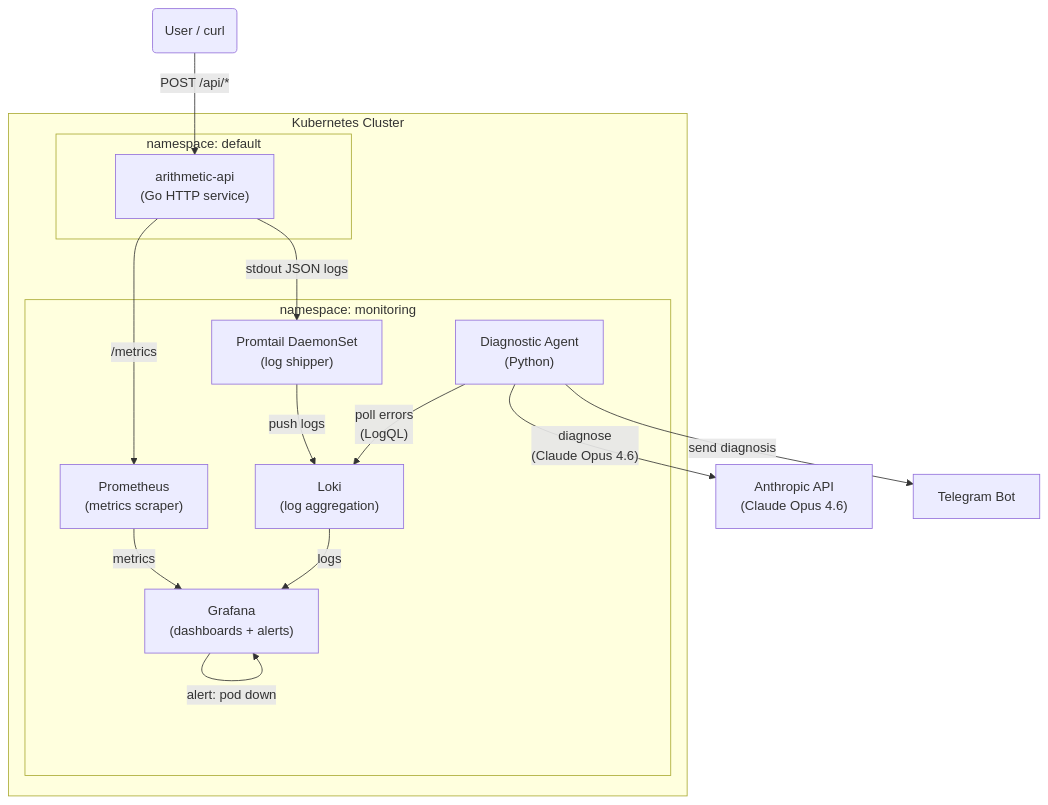
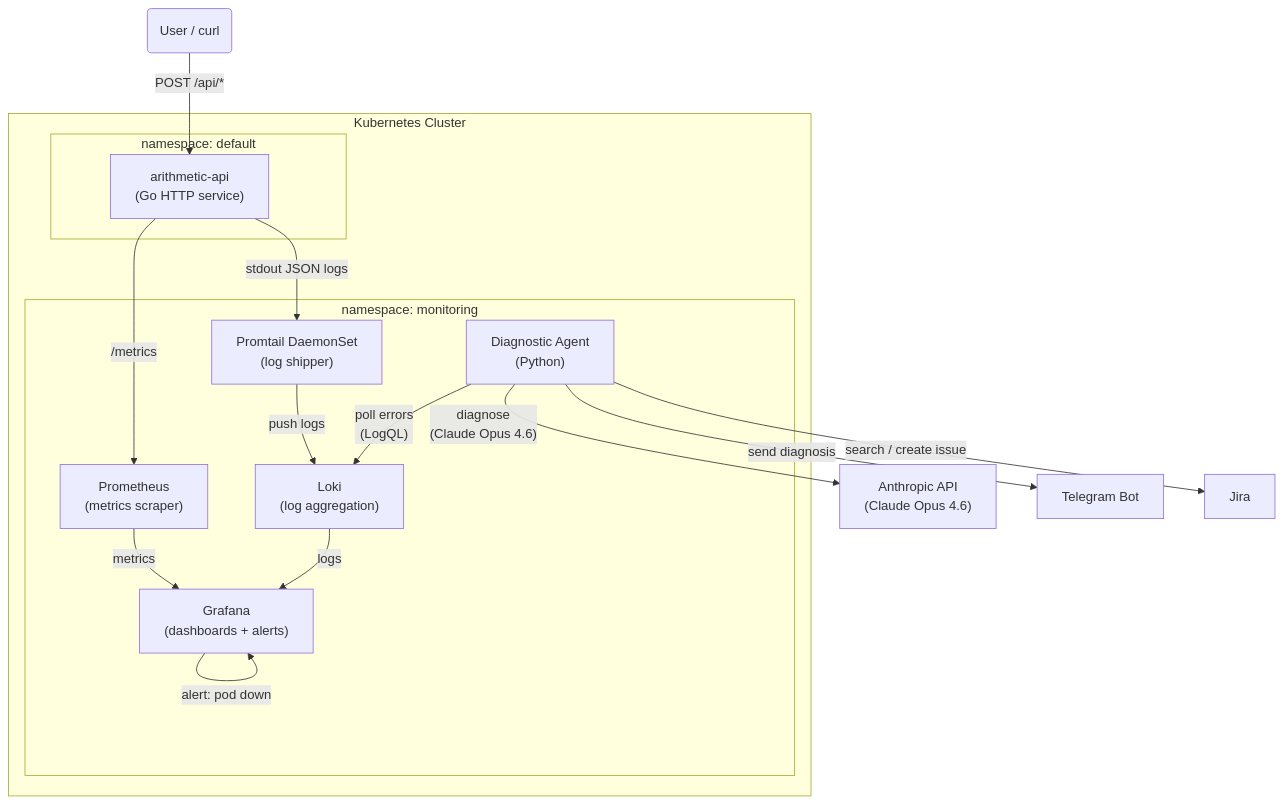
One commit to bparoli/devsecops changed the diagram in README.md. Above: the diagram before and after it, drawn with Mermaid. The commit also changed other lines of this file and 4 other files, not shown here.

First line of the commit message:
feat: add Jira integration to diagnostic agent

````diff
--- a/README.md
+++ b/README.md
@@ -9,27 +9,28 @@
 ```mermaid
 flowchart TD
     subgraph cluster["Kubernetes Cluster"]
         subgraph ns_default["namespace: default"]
             APP["arithmetic-api\n(Go HTTP service)"]
         end
 
         subgraph ns_monitoring["namespace: monitoring"]
             PROM["Prometheus\n(metrics scraper)"]
             LOKI["Loki\n(log aggregation)"]
             GRAFANA["Grafana\n(dashboards + alerts)"]
             PROMTAIL["Promtail DaemonSet\n(log shipper)"]
             AGENT["Diagnostic Agent\n(Python)"]
         end
     end
 
     USER("User / curl") -- "POST /api/*" --> APP
     APP -- "/metrics" --> PROM
     APP -- "stdout JSON logs" --> PROMTAIL
     PROMTAIL -- "push logs" --> LOKI
     PROM -- "metrics" --> GRAFANA
     LOKI -- "logs" --> GRAFANA
     GRAFANA -- "alert: pod down" --> GRAFANA
     AGENT -- "poll errors\n(LogQL)" --> LOKI
     AGENT -- "diagnose\n(Claude Opus 4.6)" --> CLAUDE["Anthropic API\n(Claude Opus 4.6)"]
     AGENT -- "send diagnosis" --> TELEGRAM["Telegram Bot"]
+    AGENT -- "search / create issue" --> JIRA["Jira"]
 ```
````
